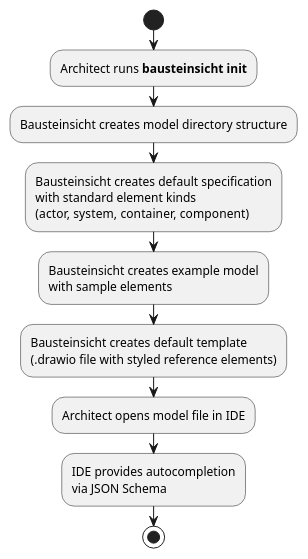
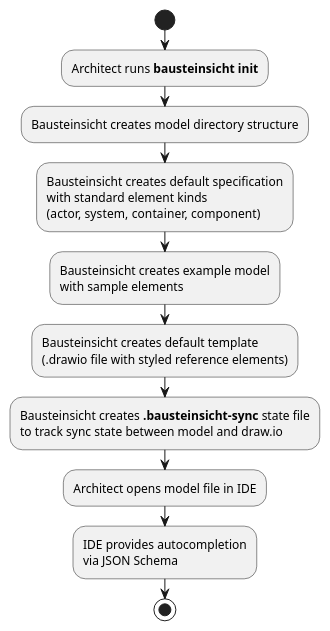
The first of 8 diagrams in src/docs/spec/01_use_cases.adoc (docToolchain/Bausteinsicht), drawn with PlantUML before and after one commit. The commit also changed other lines of this file and 8 other files, not shown here.

```diff
--- a/src/docs/spec/01_use_cases.adoc
+++ b/src/docs/spec/01_use_cases.adoc
@@ -40,19 +40,21 @@
 [plantuml, uc01-init, png]
 ....
 @startuml
 start
 :Architect runs **bausteinsicht init**;
 :Bausteinsicht creates model directory structure;
 :Bausteinsicht creates default specification
 with standard element kinds
 (actor, system, container, component);
 :Bausteinsicht creates example model
 with sample elements;
 :Bausteinsicht creates default template
 (.drawio file with styled reference elements);
+:Bausteinsicht creates **.bausteinsicht-sync** state file
+to track sync state between model and draw.io;
 :Architect opens model file in IDE;
 :IDE provides autocompletion
 via JSON Schema;
 stop
 @enduml
 ....
```
